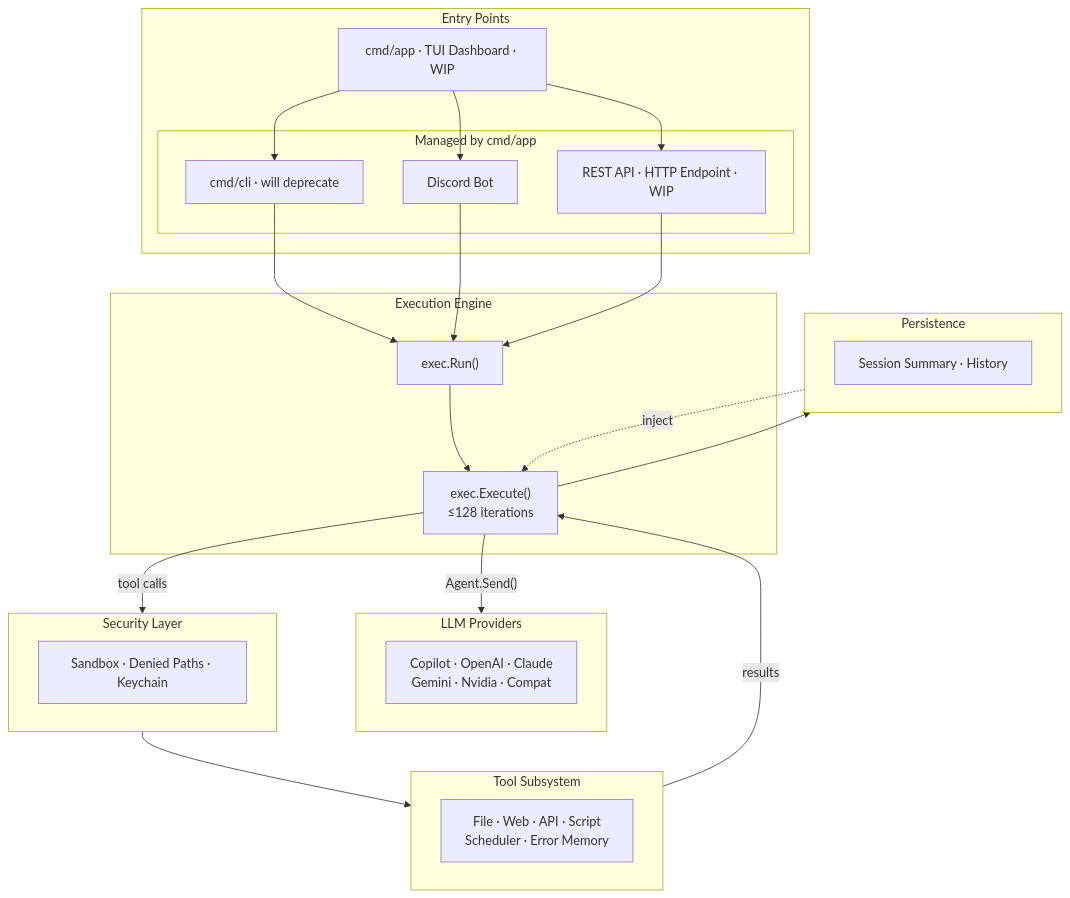
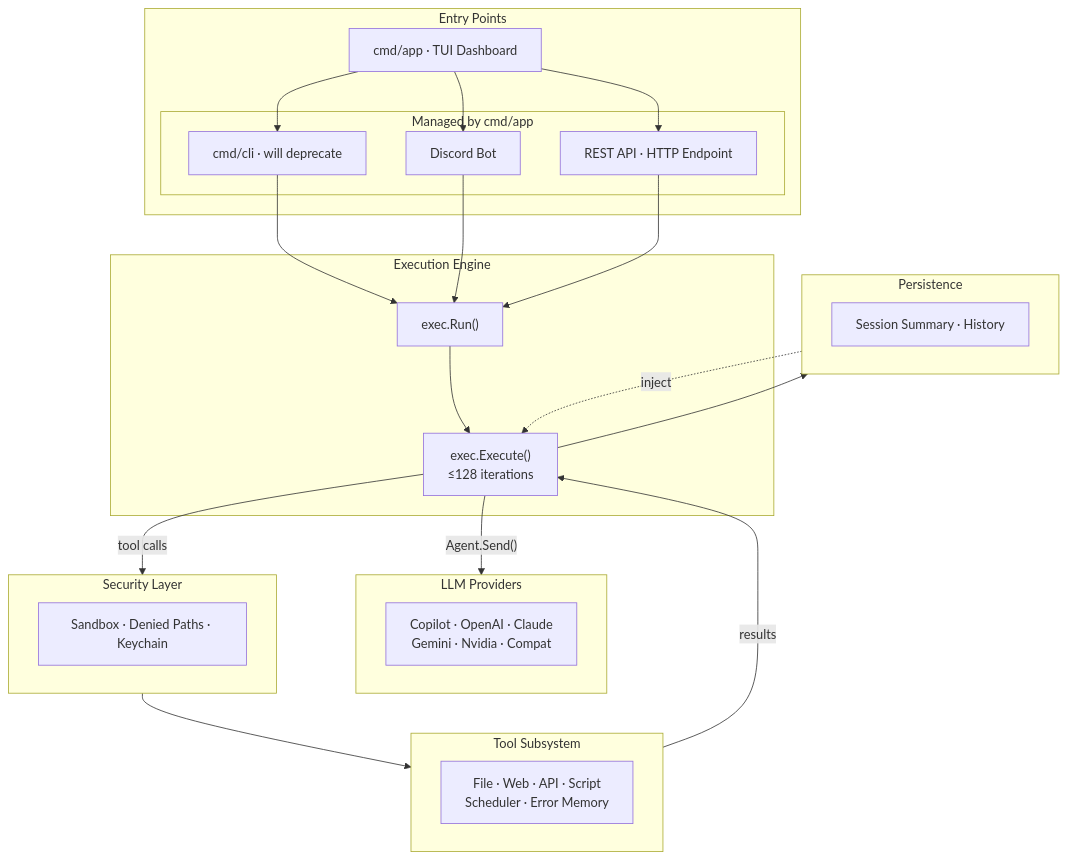
The diagram in README.md (pardnchiu/Agenvoy), drawn with Mermaid before and after one commit. The commit also changed other lines of this file and 6 other files, not shown here.

Commit message:
release: v0.17.0 Introduced a full REST API, added a TUI dashboard

````diff
--- a/README.md
+++ b/README.md
@@ -51,46 +51,46 @@
 ```mermaid
 graph TB
     subgraph Entry ["Entry Points"]
-        App["cmd/app · TUI Dashboard · WIP"]
+        App["cmd/app · TUI Dashboard"]
         subgraph Managed ["Managed by cmd/app"]
             CLI["cmd/cli · will deprecate"]
             Discord["Discord Bot"]
-            API["REST API · HTTP Endpoint · WIP"]
+            API["REST API · HTTP Endpoint"]
         end
     end
 
     subgraph Engine ["Execution Engine"]
         Run["exec.Run()"]
         Execute["exec.Execute()\n≤128 iterations"]
     end
 
     subgraph Providers ["LLM Providers"]
         P["Copilot · OpenAI · Claude\nGemini · Nvidia · Compat"]
     end
 
     subgraph Security ["Security Layer"]
         S["Sandbox · Denied Paths · Keychain"]
     end
 
     subgraph Tools ["Tool Subsystem"]
         T["File · Web · API · Script\nScheduler · Error Memory"]
     end
 
     subgraph Persistence ["Persistence"]
         PS["Session Summary · History"]
     end
 
     App --> CLI
     App --> Discord
     App --> API
     CLI --> Run
     Discord --> Run
     API --> Run
     Run --> Execute
     Execute -->|"Agent.Send()"| Providers
     Execute -->|"tool calls"| Security
     Security --> Tools
     Tools -->|"results"| Execute
     Execute --> Persistence
     Persistence -.->|"inject"| Execute
 ```
````
